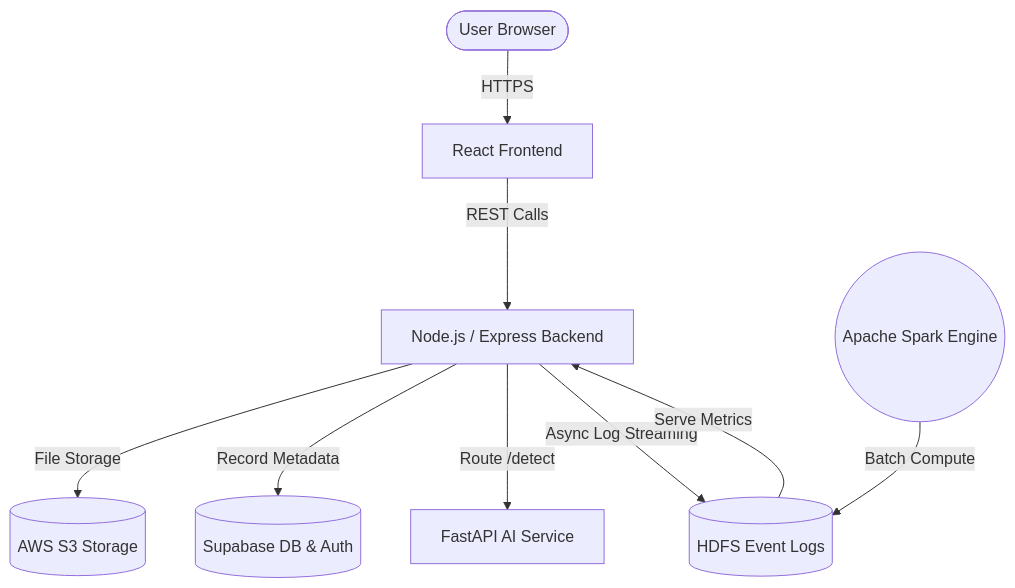
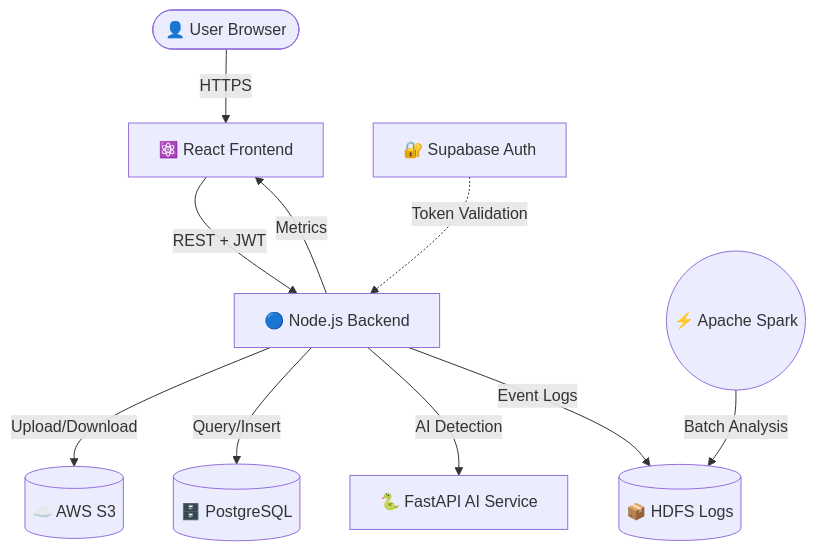
The first of 2 diagrams in README.md (securitywithhem/vaultiq), drawn with Mermaid before and after one commit. The commit also changed other lines of this file, not shown here.

````diff
--- a/README.md
+++ b/README.md
@@ -44,21 +27,23 @@
 ```mermaid
 graph TD
-    User([User Browser])
-    React[React Frontend]
-    Node[Node.js / Express Backend]
+    User([👤 User Browser])
+    React[⚛️ React Frontend]
+    Node[🔵 Node.js Backend]
     
-    AI[FastAPI AI Service]
-    DB[(Supabase DB & Auth)]
-    S3[(AWS S3 Storage)]
-    Hadoop[(HDFS Event Logs)]
-    Spark((Apache Spark Engine))
+    AI[🐍 FastAPI AI Service]
+    Auth[🔐 Supabase Auth]
+    DB[(🗄️ PostgreSQL)]
+    S3[(☁️ AWS S3)]
+    HDFS[(📦 HDFS Logs)]
+    Spark((⚡ Apache Spark))
     
     User -->|HTTPS| React
-    React -->|REST Calls| Node
-    Node -->|File Storage| S3
-    Node -->|Record Metadata| DB
-    Node -->|Route /detect| AI
-    Node -->|Async Log Streaming| Hadoop
-    Spark -->|Batch Compute| Hadoop
-    Hadoop -->|Serve Metrics| Node
+    React -->|REST + JWT| Node
+    Node -->|Upload/Download| S3
+    Node -->|Query/Insert| DB
+    Node -->|AI Detection| AI
+    Node -->|Event Logs| HDFS
+    Spark -->|Batch Analysis| HDFS
+    Node -->|Metrics| React
+    Auth -.->|Token Validation| Node
 ```
````
